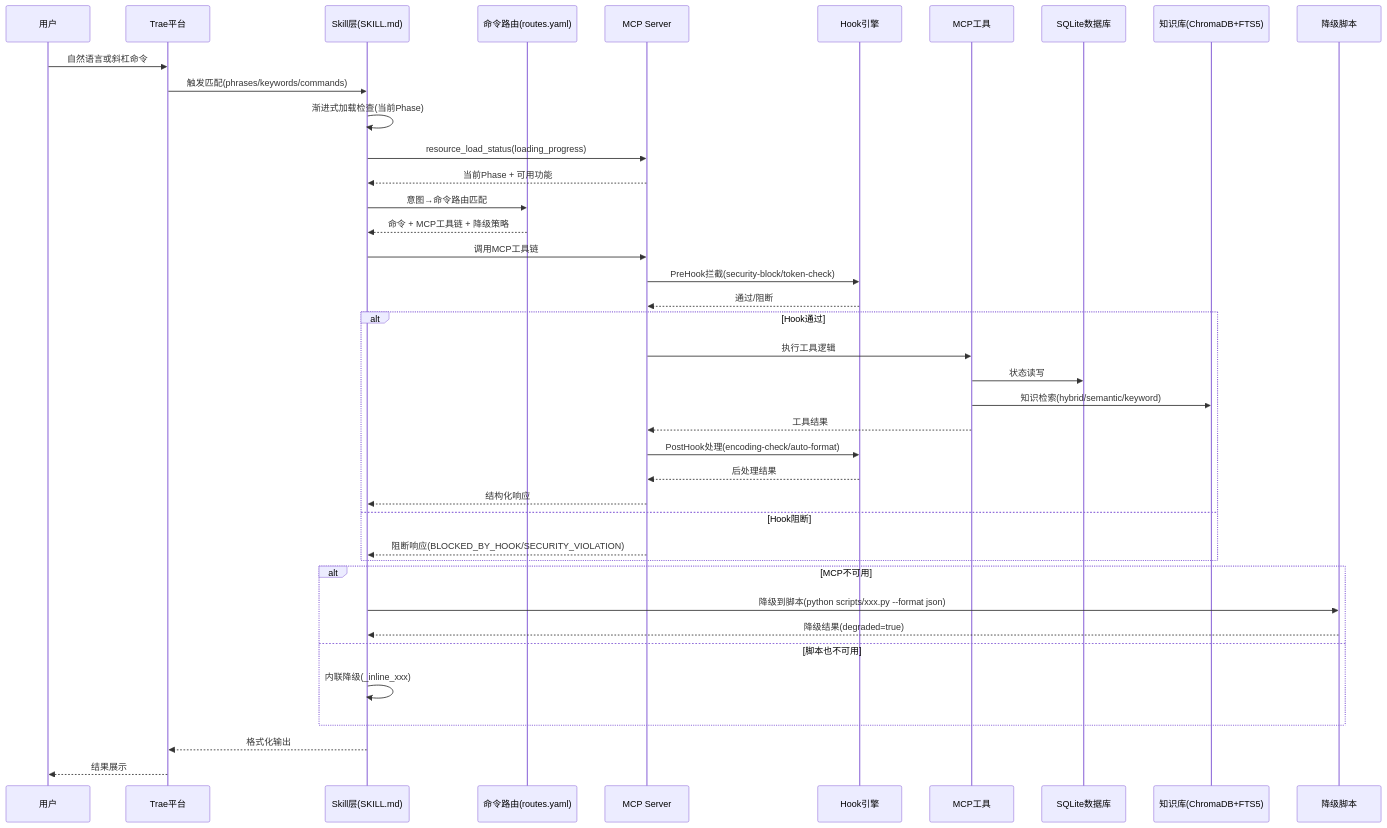
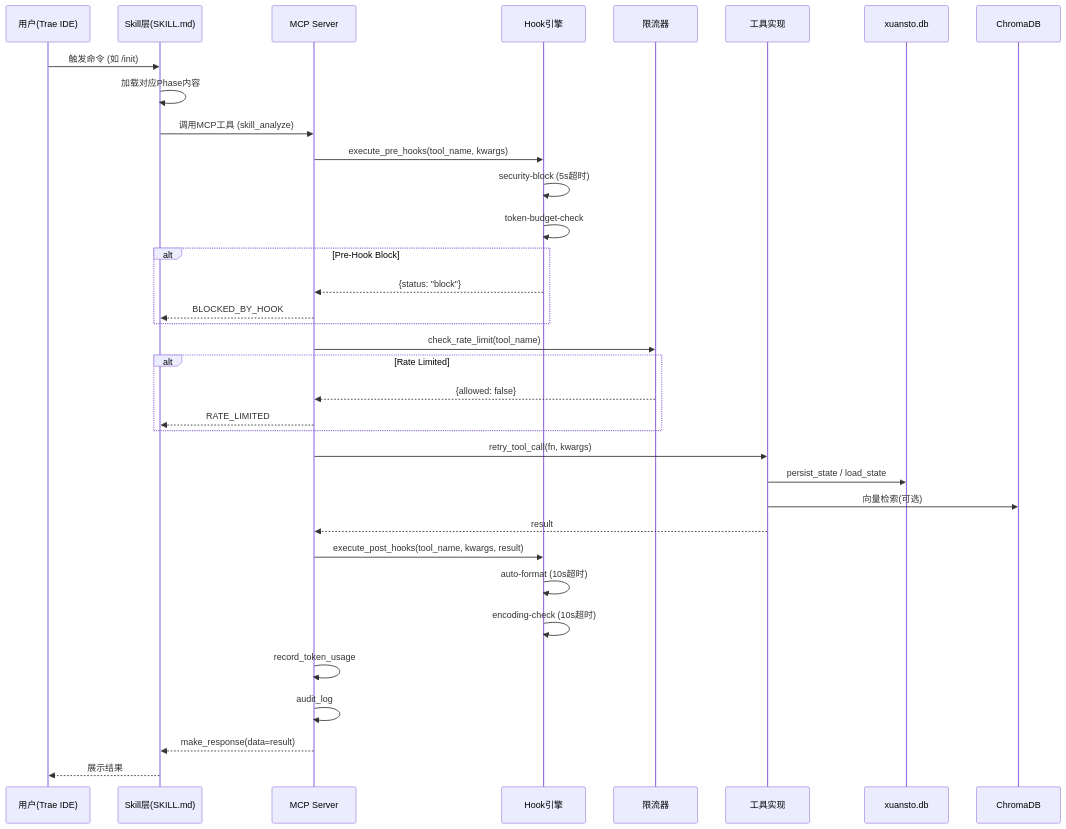
The first of 4 diagrams in docs/plan/ARCHITECTURE.md (xuanyuanchumo/xuansto), drawn with Mermaid before and after one commit. The commit also changed other lines of this file and 138 other files, not shown here.

````diff
--- a/docs/plan/ARCHITECTURE.md
+++ b/docs/plan/ARCHITECTURE.md
@@ -453,50 +680,44 @@
 ```mermaid
 sequenceDiagram
-    participant User as 用户
-    participant Trae as Trae平台
+    participant User as 用户(Trae IDE)
     participant Skill as Skill层(SKILL.md)
-    participant Router as 命令路由(routes.yaml)
-    participant MCP as MCP Server
+    participant Server as MCP Server
     participant Hook as Hook引擎
-    participant Tool as MCP工具
-    participant DB as SQLite数据库
-    participant KB as 知识库(ChromaDB+FTS5)
-    participant Script as 降级脚本
+    participant Rate as 限流器
+    participant Tool as 工具实现
+    participant DB as xuansto.db
+    participant Chroma as ChromaDB
 
-    User->>Trae: 自然语言或斜杠命令
-    Trae->>Skill: 触发匹配(phrases/keywords/commands)
-
-    Skill->>Skill: 渐进式加载检查(当前Phase)
-    Skill->>MCP: resource_load_status(loading_progress)
-    MCP-->>Skill: 当前Phase + 可用功能
-
-    Skill->>Router: 意图→命令路由匹配
-    Router-->>Skill: 命令 + MCP工具链 + 降级策略
-
-    Skill->>MCP: 调用MCP工具链
-
-    MCP->>Hook: PreHook拦截(security-block/token-check)
-    Hook-->>MCP: 通过/阻断
-
-    alt Hook通过
-        MCP->>Tool: 执行工具逻辑
-        Tool->>DB: 状态读写
-        Tool->>KB: 知识检索(hybrid/semantic/keyword)
-        Tool-->>MCP: 工具结果
-        MCP->>Hook: PostHook处理(encoding-check/auto-format)
-        Hook-->>MCP: 后处理结果
-        MCP-->>Skill: 结构化响应
-    else Hook阻断
-        MCP-->>Skill: 阻断响应(BLOCKED_BY_HOOK/SECURITY_VIOLATION)
+    User->>Skill: 触发命令 (如 /init)
+    Skill->>Skill: 加载对应Phase内容
+    Skill->>Server: 调用MCP工具 (skill_analyze)
+    
+    Server->>Hook: execute_pre_hooks(tool_name, kwargs)
+    Hook->>Hook: security-block (5s超时)
+    Hook->>Hook: token-budget-check
+    alt Pre-Hook Block
+        Hook-->>Server: {status: "block"}
+        Server-->>Skill: BLOCKED_BY_HOOK
     end
-
-    alt MCP不可用
-        Skill->>Script: 降级到脚本(python scripts/xxx.py --format json)
-        Script-->>Skill: 降级结果(degraded=true)
-    else 脚本也不可用
-        Skill->>Skill: 内联降级(_inline_xxx)
+    
+    Server->>Rate: check_rate_limit(tool_name)
+    alt Rate Limited
+        Rate-->>Server: {allowed: false}
+        Server-->>Skill: RATE_LIMITED
     end
-
-    Skill-->>Trae: 格式化输出
-    Trae-->>User: 结果展示
+    
+    Server->>Tool: retry_tool_call(fn, kwargs)
+    Tool->>DB: persist_state / load_state
+    Tool->>Chroma: 向量检索(可选)
+    Tool-->>Server: result
+    
+    Server->>Hook: execute_post_hooks(tool_name, kwargs, result)
+    Hook->>Hook: auto-format (10s超时)
+    Hook->>Hook: encoding-check (10s超时)
+    
+    Server->>Server: record_token_usage
+    Server->>Server: audit_log
+    
+    Server-->>Skill: make_response(data=result)
+    Skill-->>User: 展示结果
 ```
````
